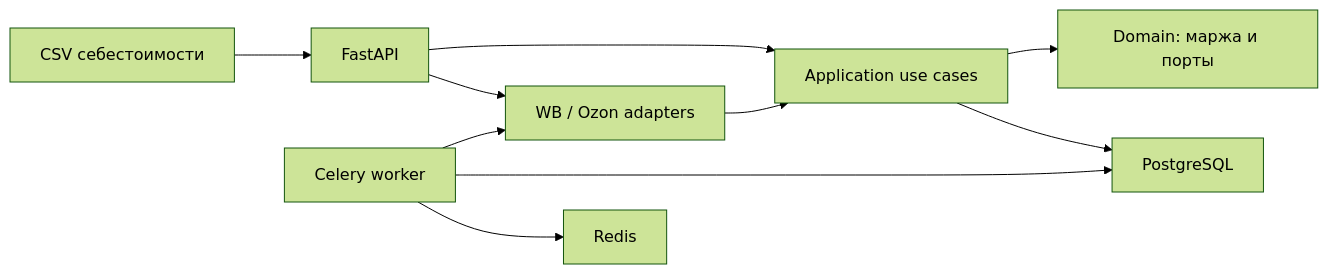
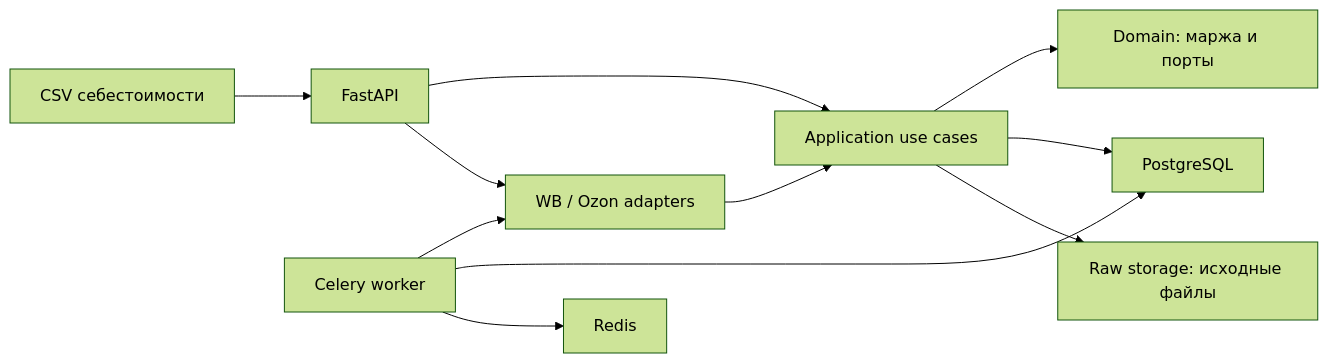
The diagram in README.md (Tikhovskoy/margin-guard), drawn with Mermaid (forest theme) before and after one commit. The commit also changed other lines of this file and 20 other files, not shown here.

First line of the commit message:
Feature/raw source storage (#21)

````diff
--- a/README.md
+++ b/README.md
@@ -96,12 +97,13 @@
 ```mermaid
 flowchart LR
     CSV["CSV себестоимости"] --> API["FastAPI"]
     API --> APP["Application use cases"]
     APP --> DOMAIN["Domain: маржа и порты"]
     APP --> DB["PostgreSQL"]
+    APP --> RAW["Raw storage: исходные файлы"]
     API --> ADAPTER["WB / Ozon adapters"]
     ADAPTER --> APP
     WORKER["Celery worker"] --> ADAPTER
     WORKER --> DB
     WORKER --> REDIS["Redis"]
 ```
````
